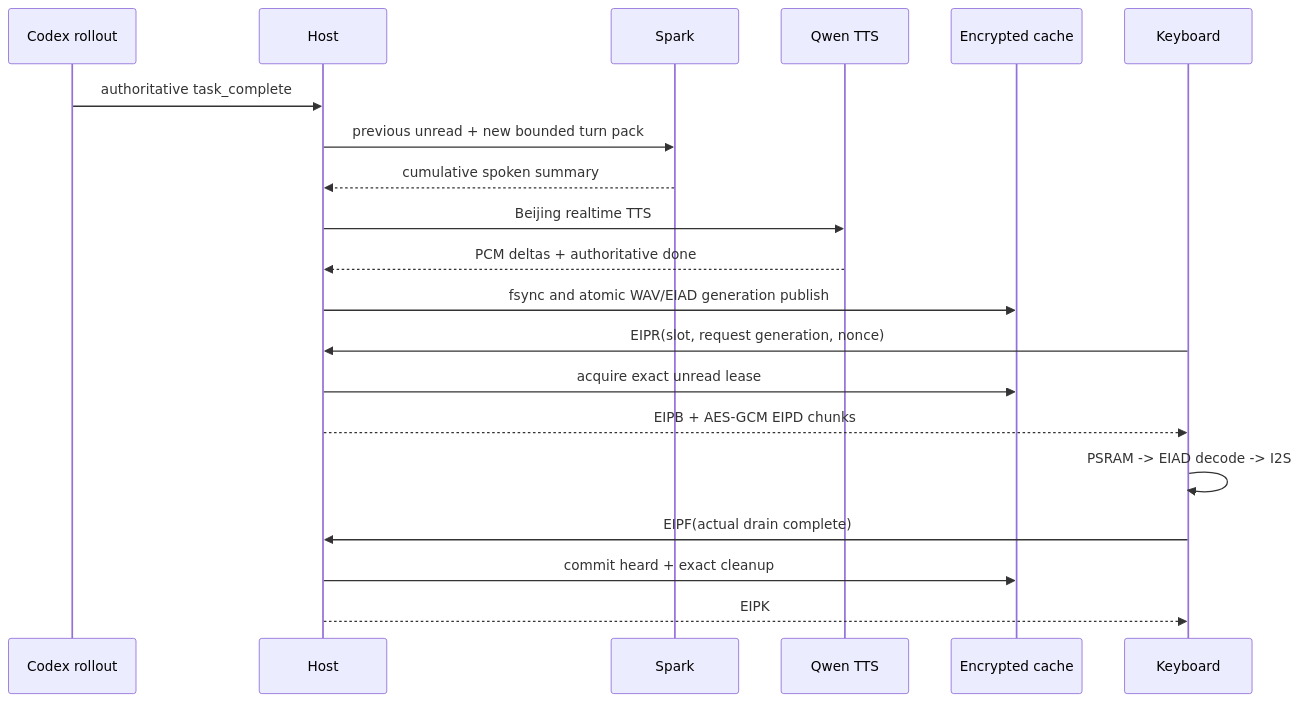
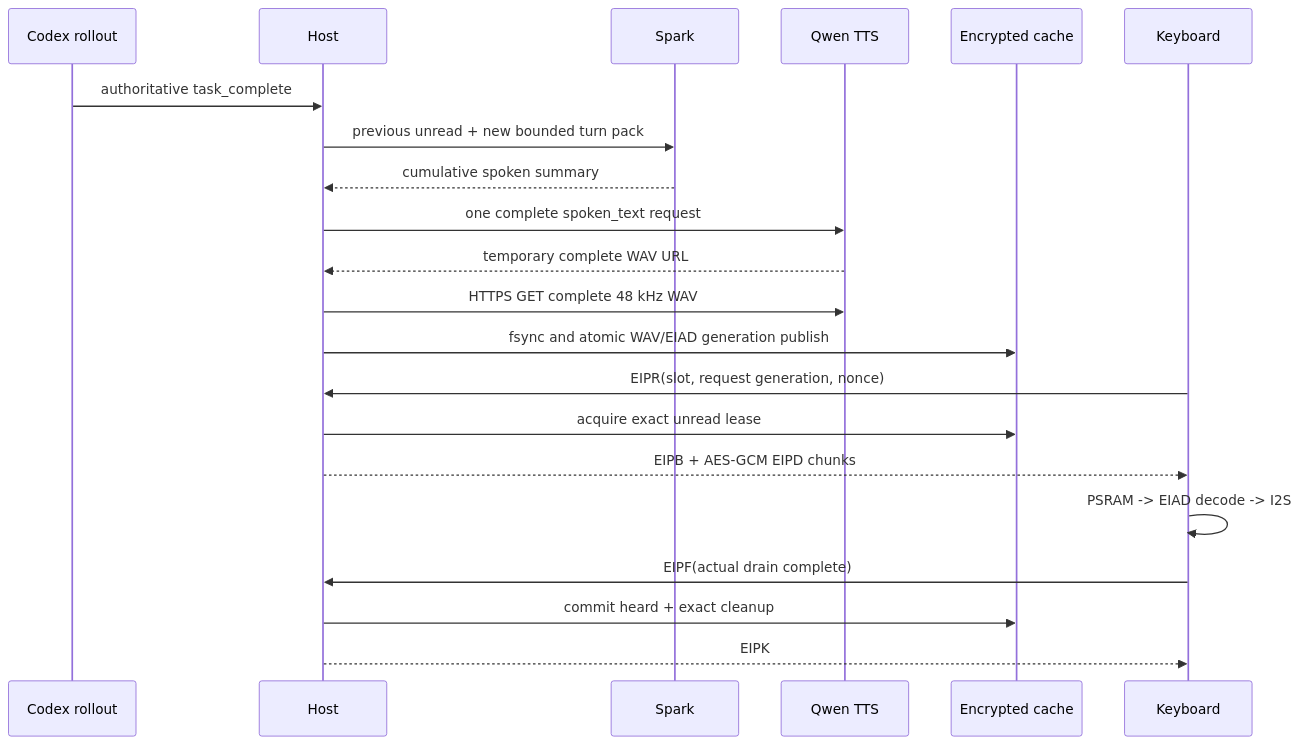
The third of 3 diagrams in projects/codex-radio_ppt169_20260810/sources/04-codex-keyboard-architecture.md (Larkspur-Wang/Codex_Keyboard), drawn with Mermaid before and after one commit. The commit also changed other lines of this file and 24 other files, not shown here.

````diff
--- a/projects/codex-radio_ppt169_20260810/sources/04-codex-keyboard-architecture.md
+++ b/projects/codex-radio_ppt169_20260810/sources/04-codex-keyboard-architecture.md
@@ -61,23 +61,24 @@
 ```mermaid
 sequenceDiagram
     participant C as Codex rollout
     participant H as Host
     participant S as Spark
     participant T as Qwen TTS
     participant D as Encrypted cache
     participant K as Keyboard
 
     C->>H: authoritative task_complete
     H->>S: previous unread + new bounded turn pack
     S-->>H: cumulative spoken summary
-    H->>T: Beijing realtime TTS
-    T-->>H: PCM deltas + authoritative done
+    H->>T: one complete spoken_text request
+    T-->>H: temporary complete WAV URL
+    H->>T: HTTPS GET complete 48 kHz WAV
     H->>D: fsync and atomic WAV/EIAD generation publish
     K->>H: EIPR(slot, request generation, nonce)
     H->>D: acquire exact unread lease
     H-->>K: EIPB + AES-GCM EIPD chunks
     K->>K: PSRAM -> EIAD decode -> I2S
     K->>H: EIPF(actual drain complete)
     H->>D: commit heard + exact cleanup
     H-->>K: EIPK
 ```
````
